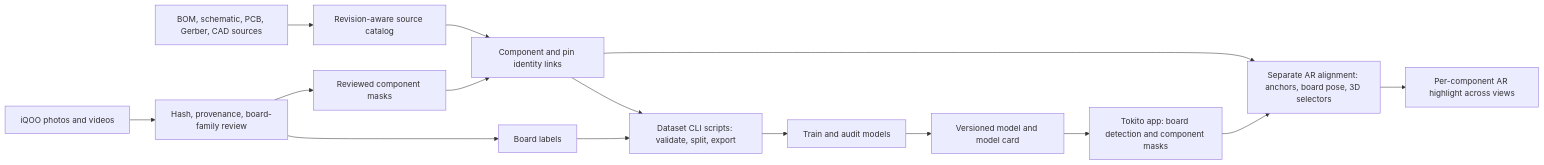
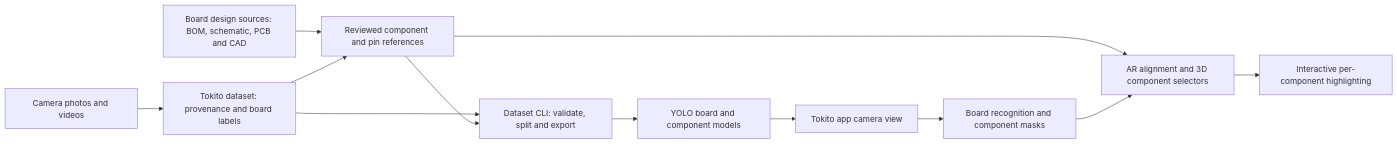
Before and after one commit to TokitoAI/tokito-app-dataset: the first of 2 diagrams in README.md, drawn with Mermaid. The commit also changed other lines of this file, not shown here.

````diff
--- a/README.md
+++ b/README.md
@@ -15,17 +36,14 @@
 ```mermaid
 flowchart LR
-  A[ iQOO photos and videos ] --> B[ Hash, provenance, board-family review ]
-  C[ BOM, schematic, PCB, Gerber, CAD sources ] --> D[ Revision-aware source catalog ]
-  B --> E[ Board labels ]
-  B --> F[ Reviewed component masks ]
-  D --> G[ Component and pin identity links ]
-  F --> G
-  G --> H[ Dataset CLI scripts: validate, split, export ]
-  E --> H
-  H --> I[ Train and audit models ]
-  I --> J[ Versioned model and model card ]
-  J --> K[ Tokito app: board detection and component masks ]
-  G --> L[ Separate AR alignment: anchors, board pose, 3D selectors ]
-  K --> L
-  L --> M[ Per-component AR highlight across views ]
+  A[Camera photos and videos] --> B[Tokito dataset: provenance and board labels]
+  C[Board design sources: BOM, schematic, PCB and CAD] --> D[Reviewed component and pin references]
+  B --> D
+  B --> E[Dataset CLI: validate, split and export]
+  D --> E
+  E --> F[YOLO board and component models]
+  F --> G[Tokito app camera view]
+  G --> H[Board recognition and component masks]
+  D --> I[AR alignment and 3D component selectors]
+  H --> I
+  I --> J[Interactive per-component highlighting]
 ```
````
